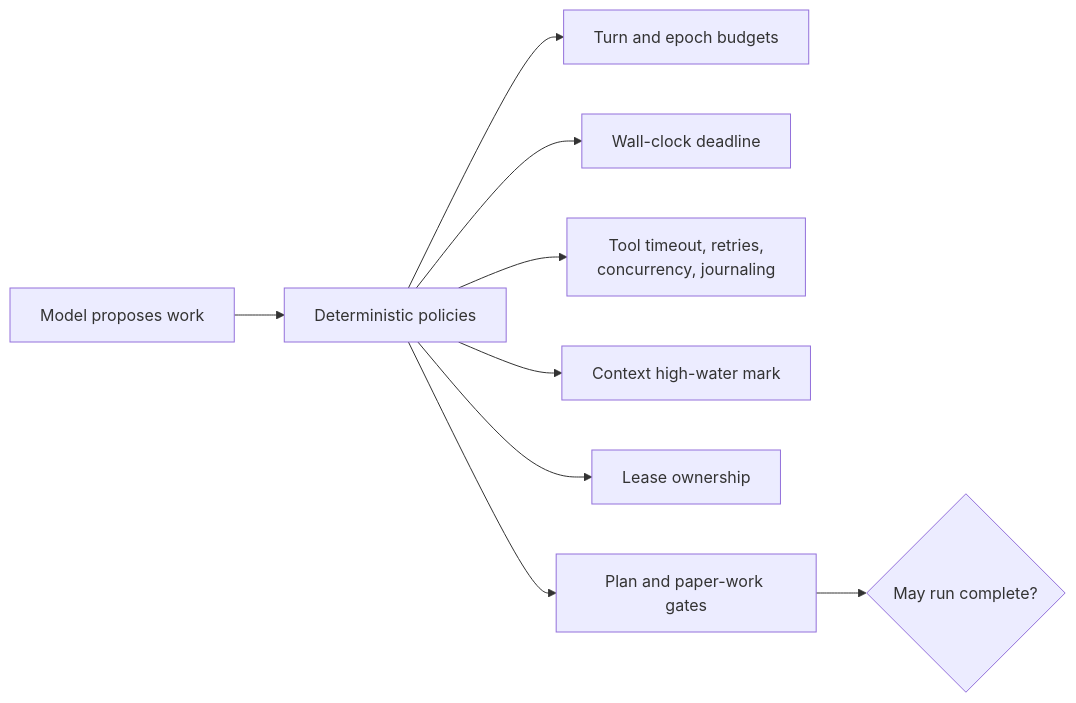
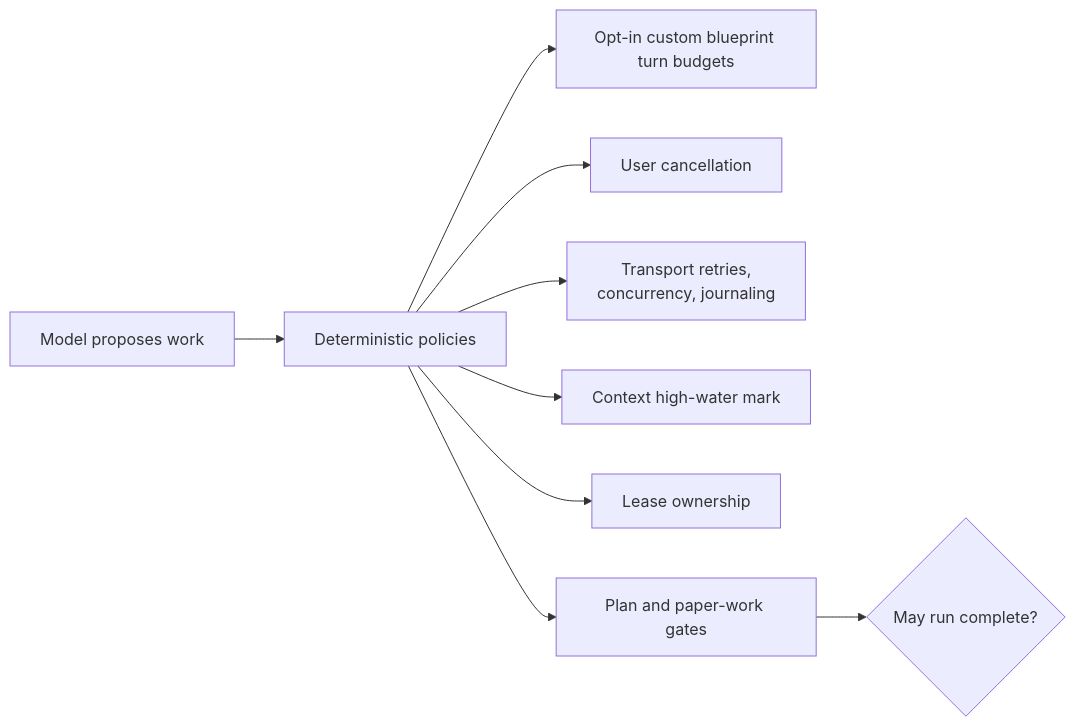
One commit to giridharmunagala/scholarweave changed diagram 16 of 16 in docs/architecture.md. Above: the diagram before and after it, drawn with Mermaid. The commit also changed other lines of this file and 89 other files, not shown here.

````diff
--- a/docs/architecture.md
+++ b/docs/architecture.md
@@ -513,11 +581,11 @@
 ```mermaid
 flowchart LR
     ModelChoice[Model proposes work] --> Policies[Deterministic policies]
-    Policies --> Turns[Turn and epoch budgets]
-    Policies --> Deadline[Wall-clock deadline]
-    Policies --> Tools[Tool timeout, retries,<br/>concurrency, journaling]
+    Policies --> Turns[Opt-in custom blueprint turn budgets]
+    Policies --> Cancellation[User cancellation]
+    Policies --> Tools[Transport retries,<br/>concurrency, journaling]
     Policies --> Context[Context high-water mark]
     Policies --> Lease[Lease ownership]
     Policies --> Completion[Plan and paper-work gates]
     Completion --> Outcome{May run complete?}
 ```
````
